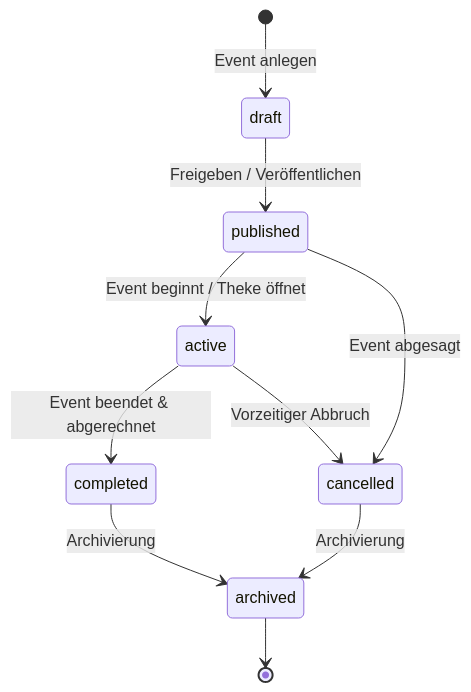
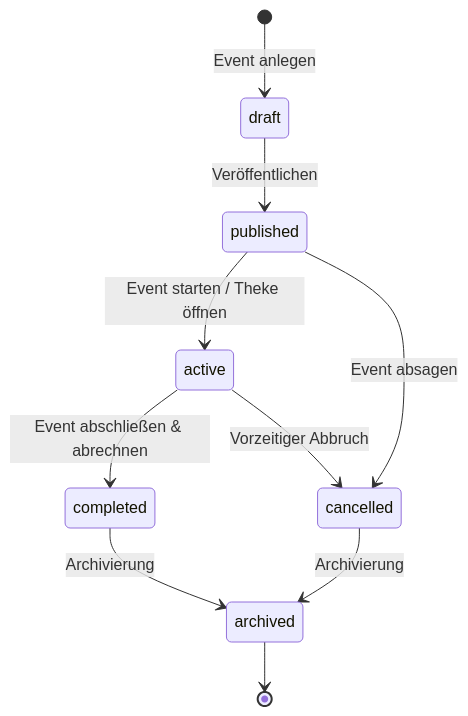
The first of 2 diagrams in docs/domains/events-and-invites.md (damaurer/vereint), drawn with Mermaid before and after one commit. The commit also changed other lines of this file and 11 other files, not shown here.

Commit message:
Update documentation for drinks, events, users, ledger, and architecture domains with enhanced data model details and API specifications

````diff
--- a/docs/domains/events-and-invites.md
+++ b/docs/domains/events-and-invites.md
@@ -12,12 +12,12 @@
 ```mermaid
 stateDiagram-v2
     [*] --> draft : Event anlegen
-    draft --> published : Freigeben / Veröffentlichen
-    published --> active : Event beginnt / Theke öffnet
-    active --> completed : Event beendet & abgerechnet
-    published --> cancelled : Event abgesagt
+    draft --> published : Veröffentlichen
+    published --> active : Event starten / Theke öffnen
+    active --> completed : Event abschließen & abrechnen
+    published --> cancelled : Event absagen
     active --> cancelled : Vorzeitiger Abbruch
     completed --> archived : Archivierung
     cancelled --> archived : Archivierung
     archived --> [*]
 ```
````
